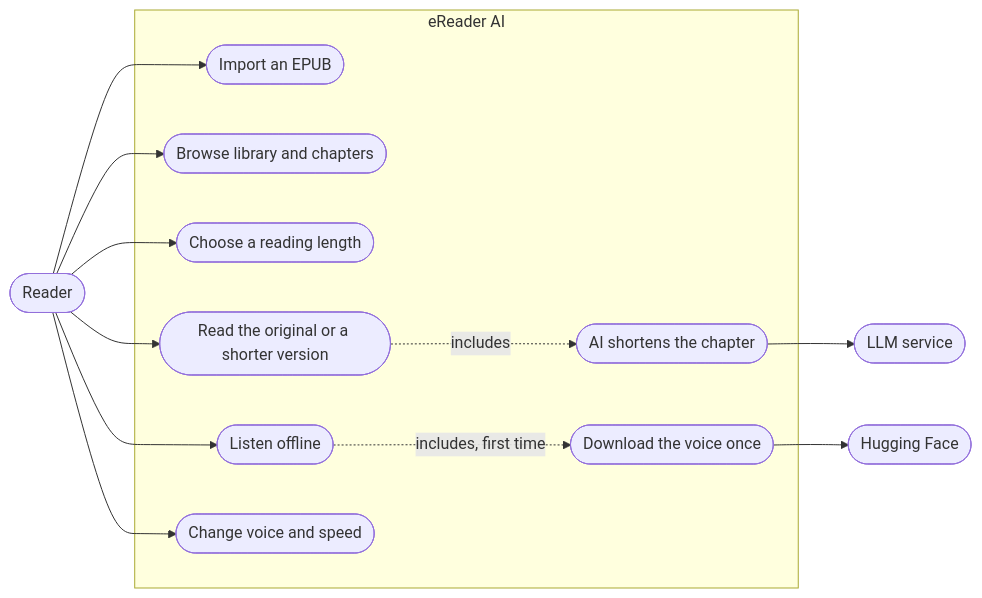
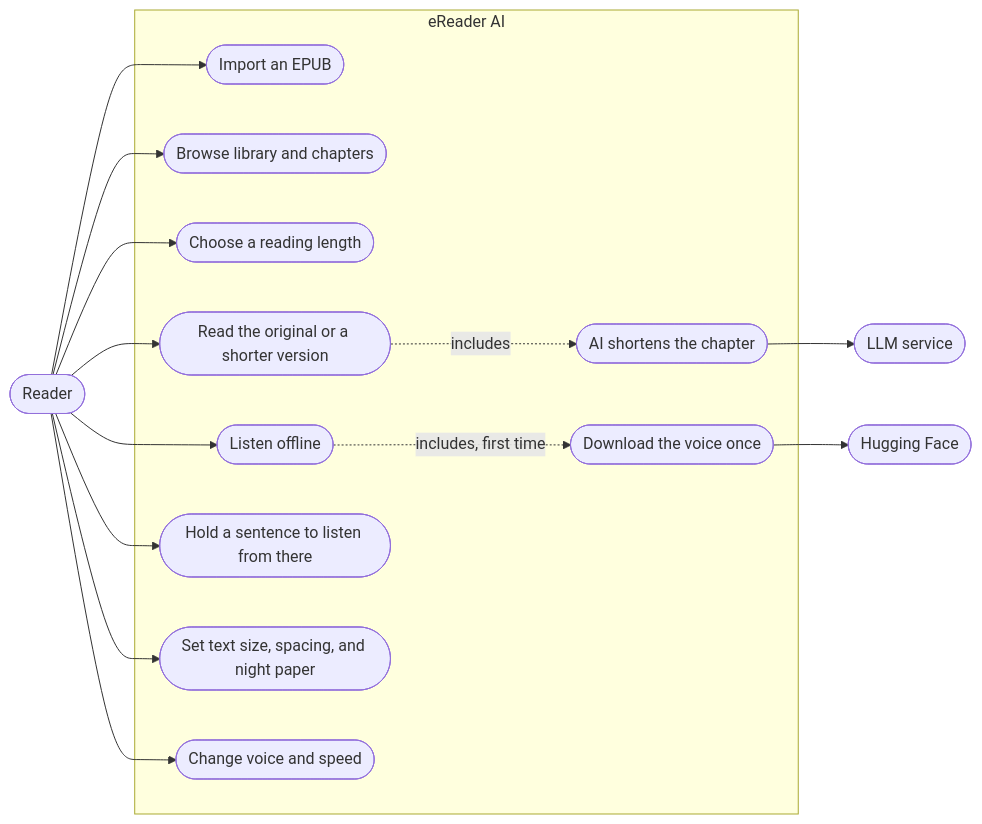
Before and after one commit to tinwritescode/ereader-ai: the first of 2 diagrams in README.md, drawn with Mermaid. The commit also changed other lines of this file and 27 other files, not shown here.

````diff
--- a/README.md
+++ b/README.md
@@ -15,29 +15,33 @@
 ```mermaid
 flowchart LR
     reader(["Reader"])
     llm(["LLM service"])
     hf(["Hugging Face"])
 
     subgraph app["eReader AI"]
         import(["Import an EPUB"])
         browse(["Browse library and chapters"])
         length(["Choose a reading length"])
         read(["Read the original or a shorter version"])
         shorten(["AI shortens the chapter"])
         listen(["Listen offline"])
+        pick(["Hold a sentence to listen from there"])
+        look(["Set text size, spacing, and night paper"])
         download(["Download the voice once"])
         tune(["Change voice and speed"])
     end
 
     reader --> import
     reader --> browse
     reader --> length
     reader --> read
     reader --> listen
+    reader --> pick
+    reader --> look
     reader --> tune
 
     read -. "includes" .-> shorten
     listen -. "includes, first time" .-> download
     shorten --> llm
     download --> hf
 ```
````
